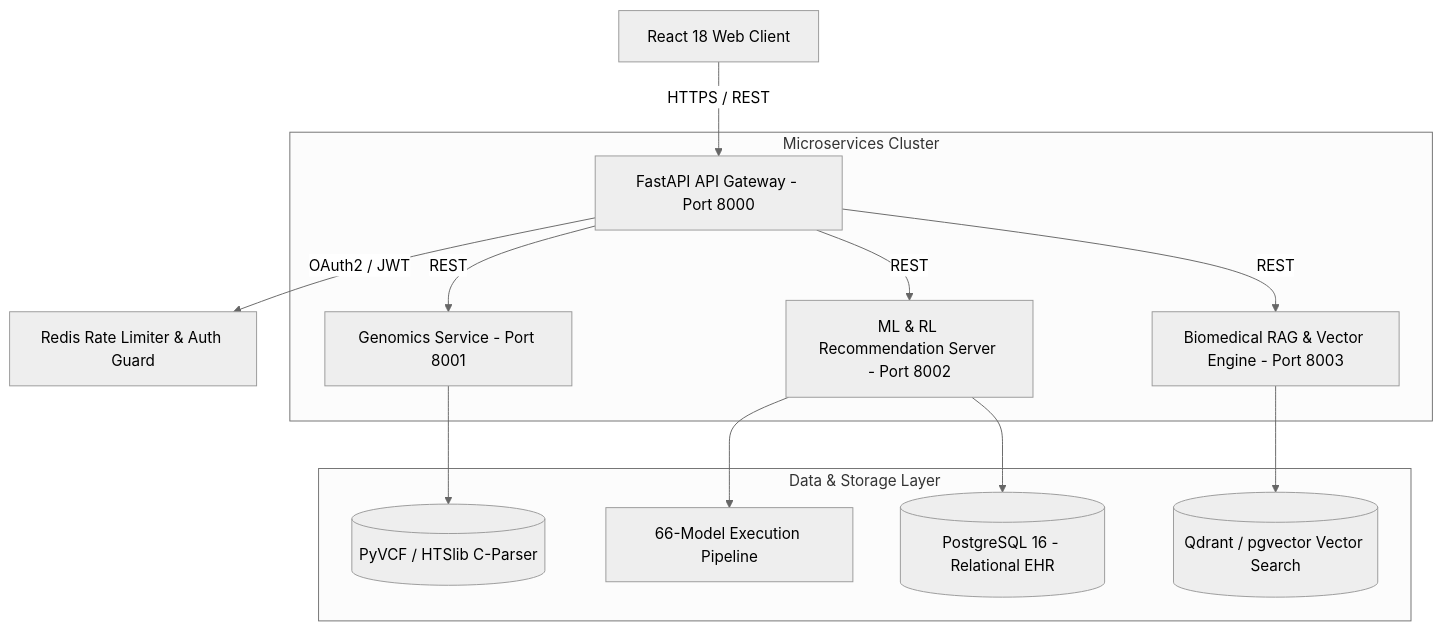
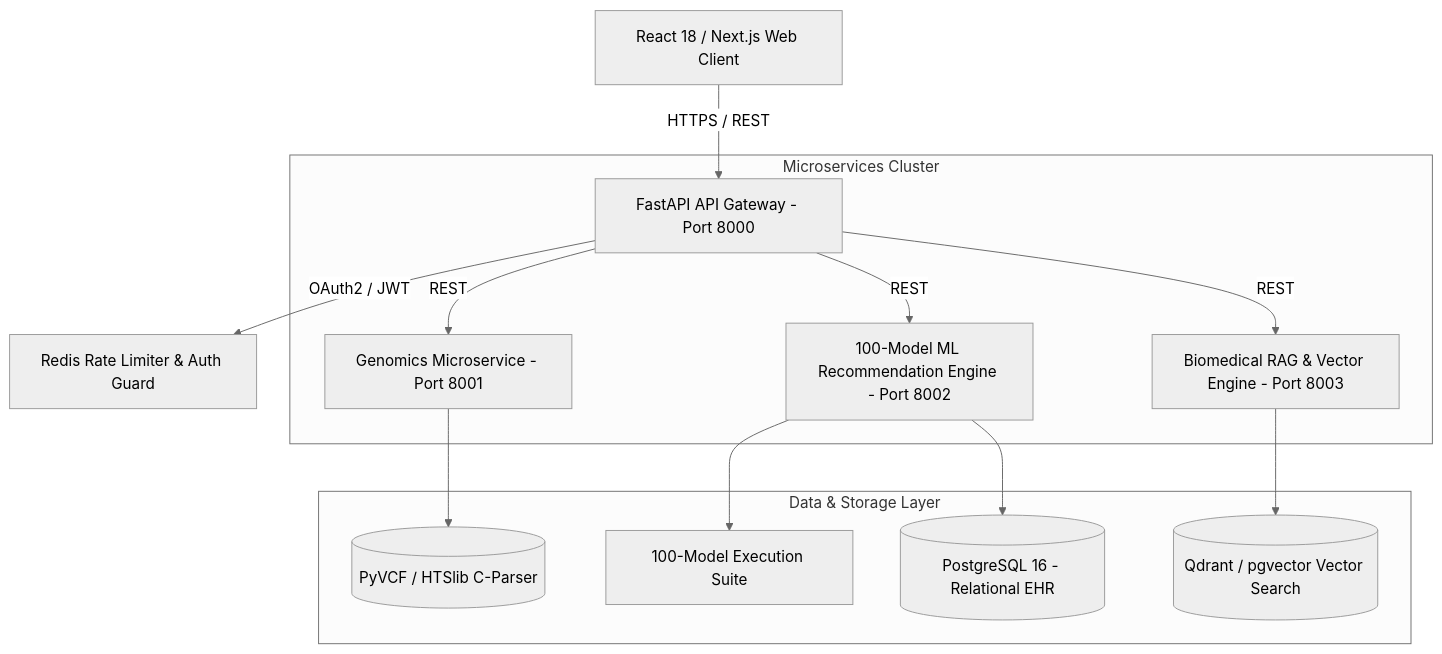
One commit to udbhav968-creator/medicine-recommendation- changed the first of 2 diagrams in README.md. Above: the diagram before and after it, drawn with Mermaid (neutral theme). The commit also changed other lines of this file, not shown here.

Commit message:
docs: update README with 100-model architectural suite catalog, Kaggle datasets & external APIs matrix

````diff
--- a/README.md
+++ b/README.md
@@ -20,18 +20,18 @@
 ```mermaid
 graph TD
-    Client[React 18 Web Client] -->|HTTPS / REST| APIGateway[FastAPI API Gateway - Port 8000]
+    Client[React 18 / Next.js Web Client] -->|HTTPS / REST| APIGateway[FastAPI API Gateway - Port 8000]
     APIGateway -->|OAuth2 / JWT| Auth[Redis Rate Limiter & Auth Guard]
     
     subgraph Microservices Cluster
-        APIGateway -->|REST| GenomicsSvc[Genomics Service - Port 8001]
-        APIGateway -->|REST| MLSvc[ML & RL Recommendation Server - Port 8002]
+        APIGateway -->|REST| GenomicsSvc[Genomics Microservice - Port 8001]
+        APIGateway -->|REST| MLSvc[100-Model ML Recommendation Engine - Port 8002]
         APIGateway -->|REST| RAGSvc[Biomedical RAG & Vector Engine - Port 8003]
     end
 
     subgraph Data & Storage Layer
         GenomicsSvc --> HTSlib[(PyVCF / HTSlib C-Parser)]
-        MLSvc --> PyTorchEngine[66-Model Execution Pipeline]
+        MLSvc --> PyTorchEngine[100-Model Execution Suite]
         RAGSvc --> QdrantDB[(Qdrant / pgvector Vector Search)]
         MLSvc --> RelationalDB[(PostgreSQL 16 - Relational EHR)]
     end
 ```
````
